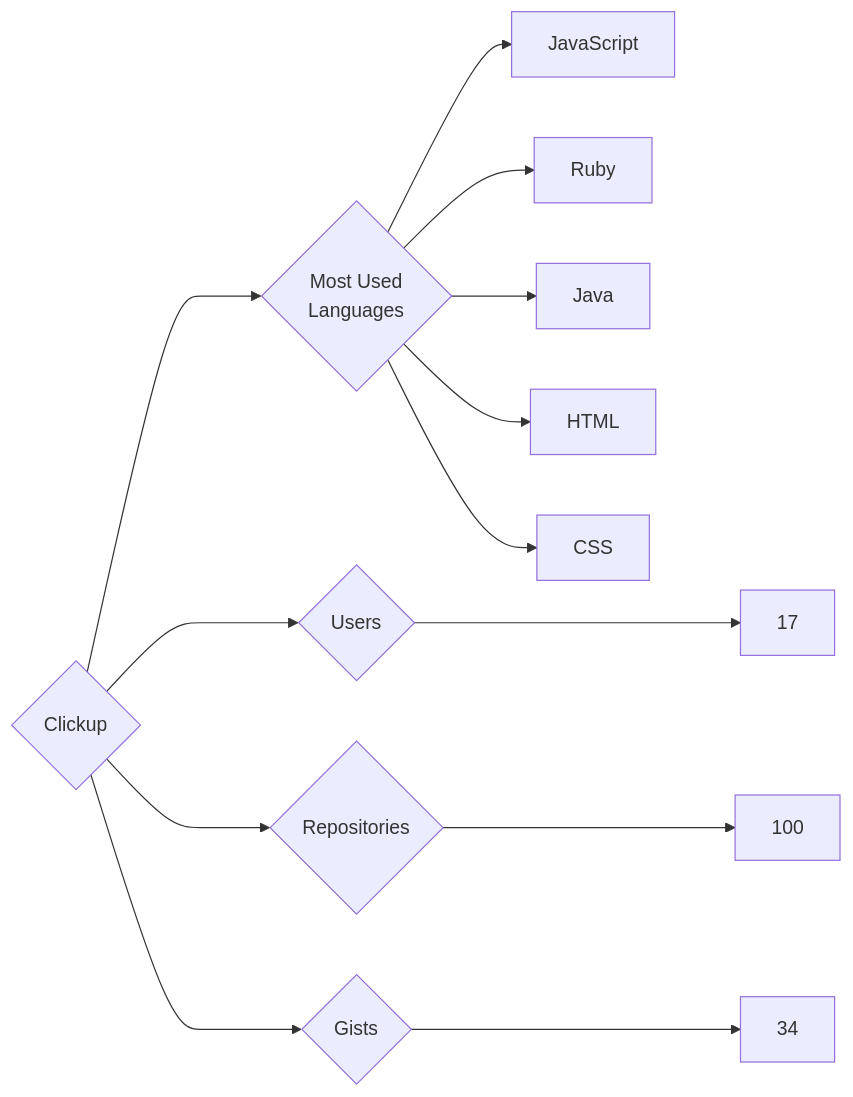
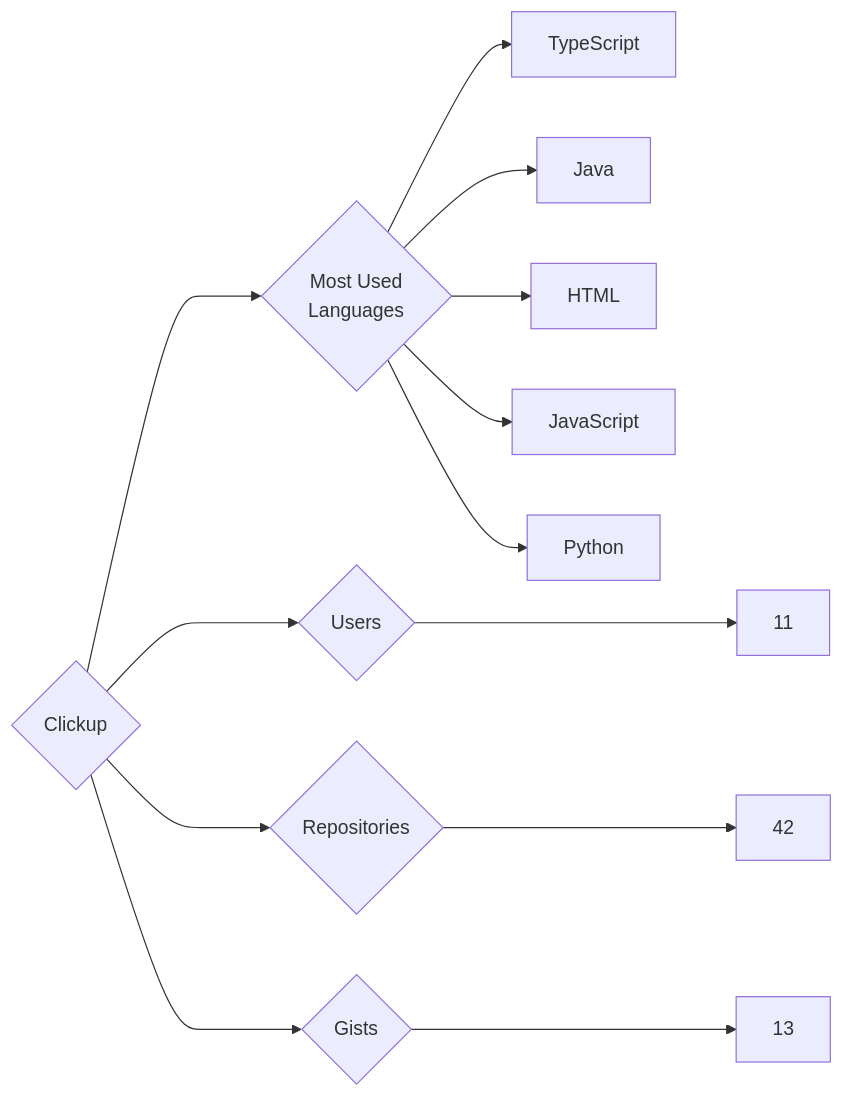
Before and after one commit to trickest/insiders: the diagram in targets/Clickup/README.md, drawn with Mermaid. The commit also changed 750 other files, not shown here.

````diff
--- a/targets/Clickup/README.md
+++ b/targets/Clickup/README.md
@@ -3,13 +3,13 @@
 ```mermaid
 graph LR
 COMPANY_NAME{Clickup}
-COMPANY_NAME ---> U{Users} ---> UN[17]
-COMPANY_NAME ---> R{Repositories} ---> RN[100]
-COMPANY_NAME ---> G{Gists} ---> GN[34]
+COMPANY_NAME ---> U{Users} ---> UN[11]
+COMPANY_NAME ---> R{Repositories} ---> RN[42]
+COMPANY_NAME ---> G{Gists} ---> GN[13]
 COMPANY_NAME ---> ML{Most Used<br>Languages}
-ML --> JavaScript[JavaScript]
-ML --> Ruby[Ruby]
+ML --> TypeScript[TypeScript]
 ML --> Java[Java]
 ML --> HTML[HTML]
-ML --> CSS[CSS]
+ML --> JavaScript[JavaScript]
+ML --> Python[Python]
 ```
````
